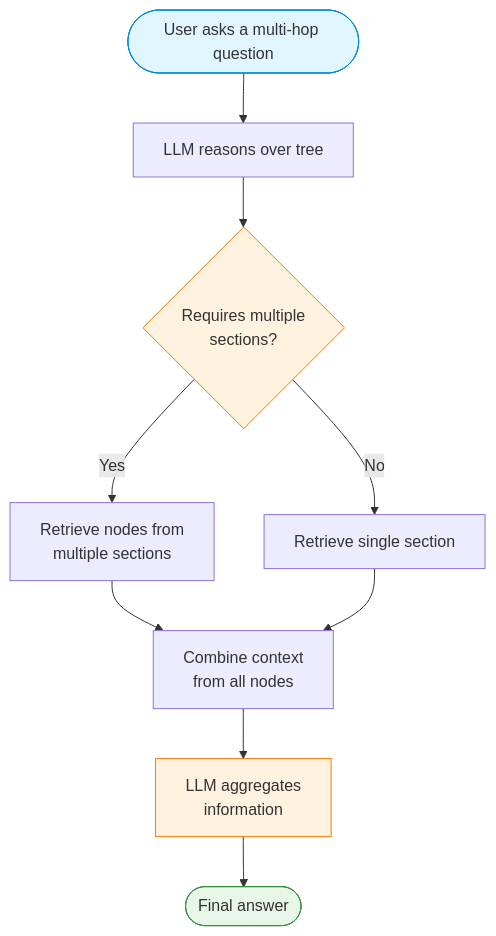
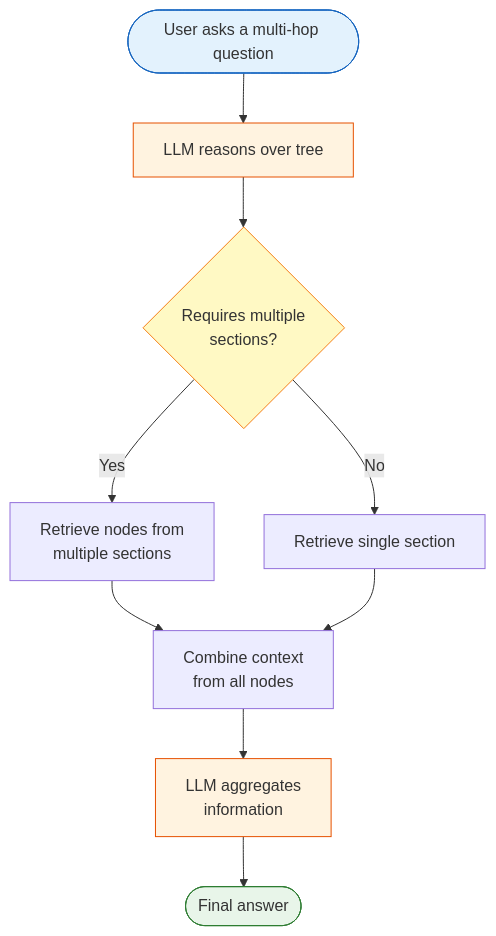
Before and after one commit to AyushSinghRana15/Vectorless-RAG: the first of 6 diagrams in lab2/lab2_vectorless_rag_advanced.md, drawn with Mermaid. The commit also changed other lines of this file and 1 other file, not shown here.

Commit message:
Standardize Mermaid diagram colors across both labs

````diff
--- a/lab2/lab2_vectorless_rag_advanced.md
+++ b/lab2/lab2_vectorless_rag_advanced.md
@@ -46,16 +46,17 @@
 ```mermaid
 flowchart TD
     A(["User asks a multi-hop question"]) --> B["LLM reasons over tree"]
     B --> C{"Requires multiple\nsections?"}
     C -->|Yes| D["Retrieve nodes from\nmultiple sections"]
     C -->|No| E["Retrieve single section"]
     D --> F["Combine context\nfrom all nodes"]
     E --> F
     F --> G["LLM aggregates\ninformation"]
     G --> H(["Final answer"])
 
-    style A fill:#e1f5fe,stroke:#0288d1
-    style H fill:#e8f5e9,stroke:#388e3c
-    style C fill:#fff3e0,stroke:#f57c00
-    style G fill:#fff3e0,stroke:#f57c00
+    style A fill:#e3f2fd,stroke:#1565c0
+    style H fill:#e8f5e9,stroke:#2e7d32
+    style C fill:#fff9c4,stroke:#f57f17
+    style B fill:#fff3e0,stroke:#e65100
+    style G fill:#fff3e0,stroke:#e65100
 ```
````
